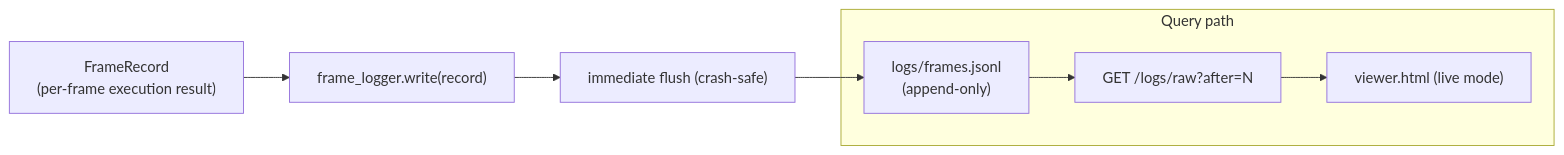
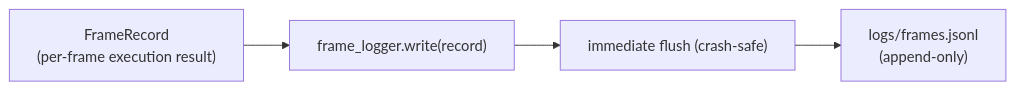
Before and after one commit to vessal-ai/vessal: the second of 2 diagrams in src/vessal/ark/util/logging/CONTEXT.md, drawn with Mermaid. The commit also changed other lines of this file and 266 other files, not shown here.

First line of the commit message:
release: v0.0.4 — Console redesign, Shell/Hull/Cell architecture, CLI wizards (#16)

````diff
--- a/src/vessal/ark/util/logging/CONTEXT.md
+++ b/src/vessal/ark/util/logging/CONTEXT.md
@@ -62,15 +53,9 @@
 ```mermaid
 flowchart LR
     Frame["FrameRecord\n(per-frame execution result)"]
     FL["frame_logger.write(record)"]
     JSONL["logs/frames.jsonl\n(append-only)"]
     Flush["immediate flush (crash-safe)"]
 
     Frame --> FL --> Flush --> JSONL
-
-    subgraph QueryPath["Query path"]
-        Raw["GET /logs/raw?after=N"]
-        Viewer["viewer.html (live mode)"]
-        JSONL --> Raw --> Viewer
-    end
 ```
````
